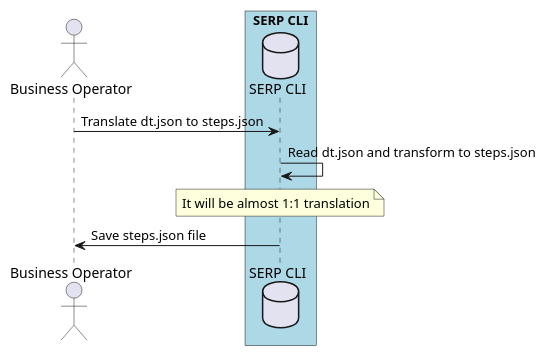
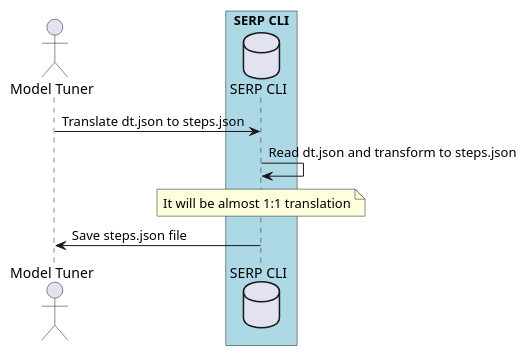
One commit to ngraczykowski/iris-root changed the diagram in modules/webapp/sens-webapp-documentation/src/docs/asciidoc/hld/2020-12-02_translate_dt.json_to_steps.json.adoc. Above: the diagram before and after it, drawn with PlantUML. The commit also changed 55 other files, not shown here.

```diff
--- a/modules/webapp/sens-webapp-documentation/src/docs/asciidoc/hld/2020-12-02_translate_dt.json_to_steps.json.adoc
+++ b/modules/webapp/sens-webapp-documentation/src/docs/asciidoc/hld/2020-12-02_translate_dt.json_to_steps.json.adoc
@@ -6,21 +6,21 @@
 [plantuml,translate-dt-to-steps,svg]
 -----
 @startuml
 
-actor boa as "Business Operator"
+actor boa as "Model Tuner"
 
 box "SERP CLI" #LightBlue
     database cli as "SERP CLI"
 end box
 
 boa -> cli : Translate dt.json to steps.json
 
 cli -> cli : Read dt.json and transform to steps.json
 note over cli
 It will be almost 1:1 translation
 end note
 
 cli -> boa : Save steps.json file
 
 @enduml
 -----
```
